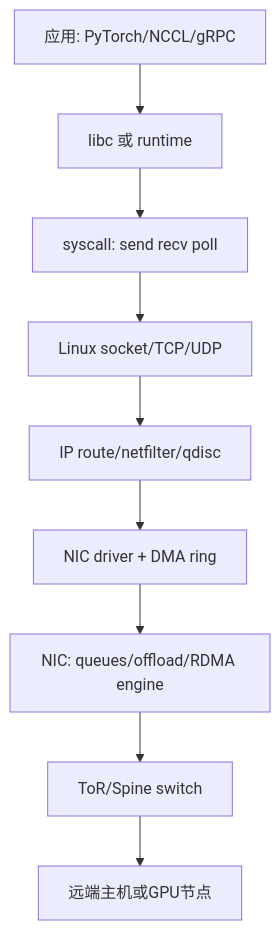
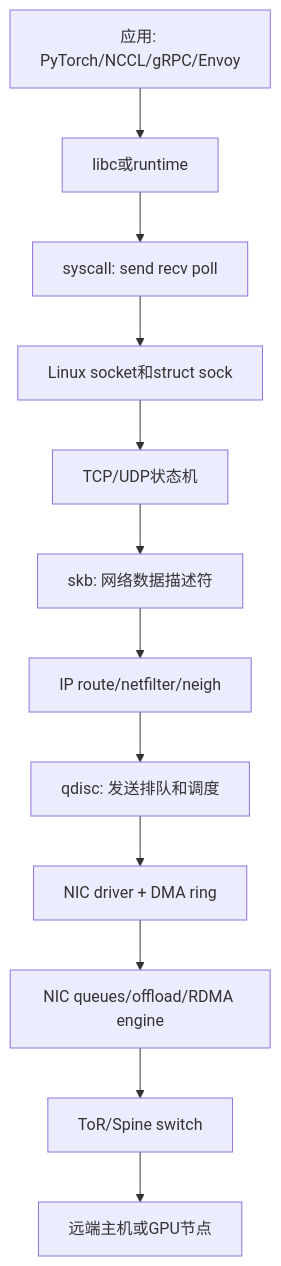
One commit to qxhy123/learn changed the second of 8 diagrams in ai-infra-tutorial/part0-foundations-of-systems/0d-network-stack-fundamentals.md. Above: the diagram before and after it, drawn with Mermaid. The commit also changed other lines of this file and 39 other files, not shown here.

First line of the commit message:
Split Part 0a CPU microarchitecture into 8 deep-dive chapters

````diff
--- a/ai-infra-tutorial/part0-foundations-of-systems/0d-network-stack-fundamentals.md
+++ b/ai-infra-tutorial/part0-foundations-of-systems/0d-network-stack-fundamentals.md
@@ -66,11 +99,14 @@
 ```mermaid
 flowchart TB
-  app[应用: PyTorch/NCCL/gRPC] --> libc[libc 或 runtime]
+  app[应用: PyTorch/NCCL/gRPC/Envoy] --> libc[libc或runtime]
   libc --> sys[syscall: send recv poll]
-  sys --> sock[Linux socket/TCP/UDP]
-  sock --> ip[IP route/netfilter/qdisc]
-  ip --> drv[NIC driver + DMA ring]
-  drv --> nic[NIC: queues/offload/RDMA engine]
+  sys --> sock[Linux socket和struct sock]
+  sock --> tcp[TCP/UDP状态机]
+  tcp --> skb[skb: 网络数据描述符]
+  skb --> ip[IP route/netfilter/neigh]
+  ip --> qdisc[qdisc: 发送排队和调度]
+  qdisc --> drv[NIC driver + DMA ring]
+  drv --> nic[NIC queues/offload/RDMA engine]
   nic --> sw[ToR/Spine switch]
   sw --> peer[远端主机或GPU节点]
 ```
````
